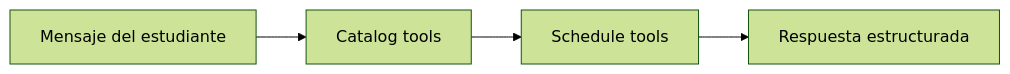
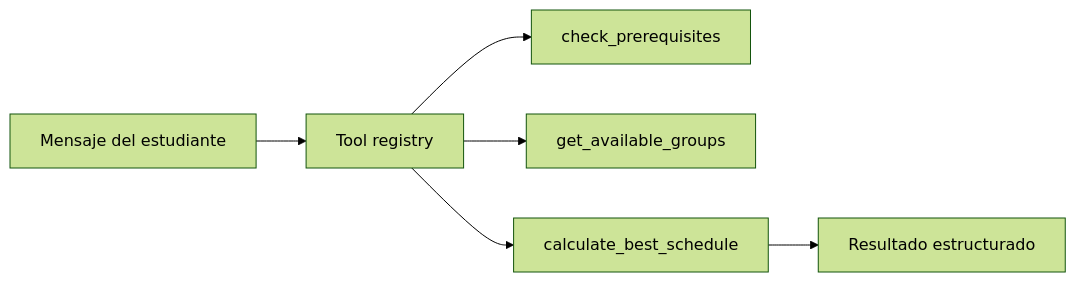
The diagram in docs/stages/stage-02-tools.md (aldoapicella/utp-schedule-agent-lab), drawn with Mermaid (forest theme) before and after one commit. The commit also changed other lines of this file and 109 other files, not shown here.

````diff
--- a/docs/stages/stage-02-tools.md
+++ b/docs/stages/stage-02-tools.md
@@ -31,6 +33,8 @@
 ```mermaid
 flowchart LR
-  A["Mensaje del estudiante"] --> B["Catalog tools"]
-  B --> C["Schedule tools"]
-  C --> D["Respuesta estructurada"]
+  U["Mensaje del estudiante"] --> T["Tool registry"]
+  T --> A["check_prerequisites"]
+  T --> B["get_available_groups"]
+  T --> C["calculate_best_schedule"]
+  C --> R["Resultado estructurado"]
 ```
````
